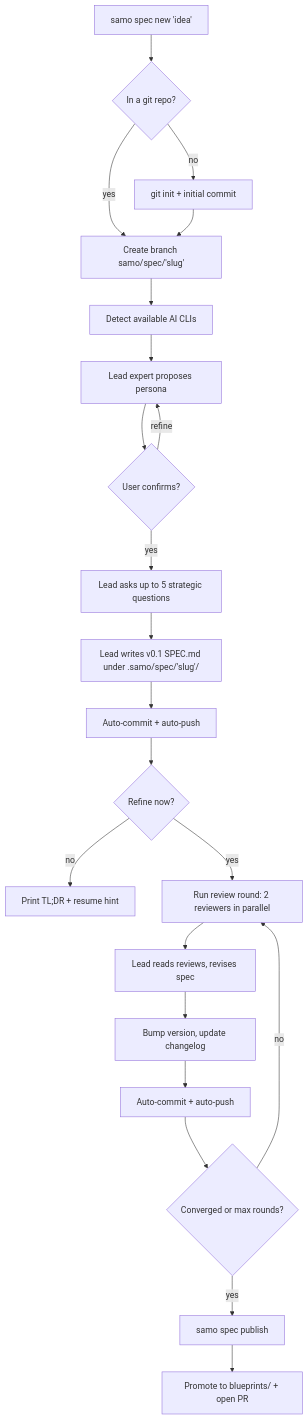
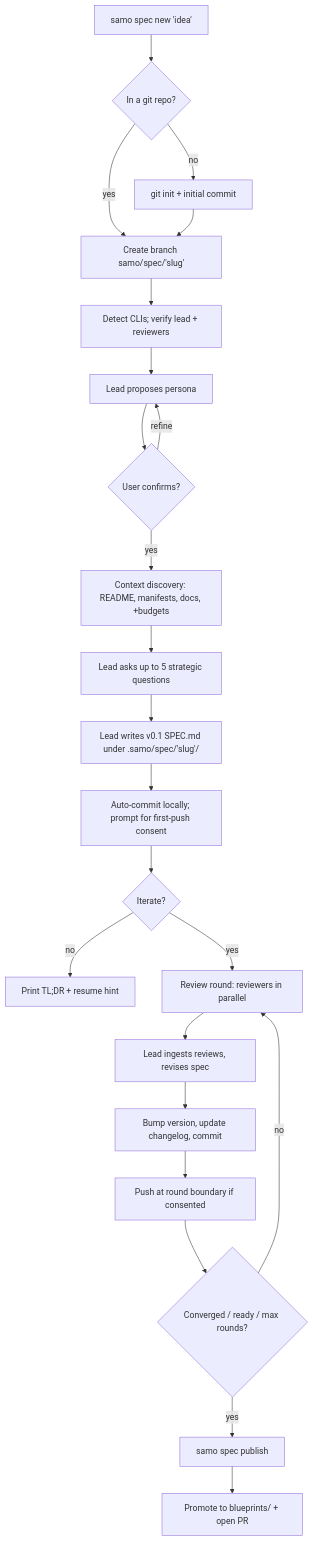
Before and after one commit to NikolayS/samospec: the diagram in .samo/blueprints/SPEC.md, drawn with Mermaid. The commit also changed other lines of this file, not shown here.

First line of the commit message:
spec: rewrite to v0.4 addressing 3 reviews

````diff
--- a/.samo/blueprints/SPEC.md
+++ b/.samo/blueprints/SPEC.md
@@ -55,24 +66,25 @@
 ```mermaid
 flowchart TD
     A[samo spec new 'idea'] --> B{In a git repo?}
     B -- no --> B1[git init + initial commit]
     B -- yes --> C[Create branch samo/spec/'slug']
     B1 --> C
-    C --> D[Detect available AI CLIs]
-    D --> E[Lead expert proposes persona]
+    C --> D[Detect CLIs; verify lead + reviewers]
+    D --> E[Lead proposes persona]
     E --> F{User confirms?}
     F -- refine --> E
-    F -- yes --> G[Lead asks up to 5 strategic questions]
-    G --> H[Lead writes v0.1 SPEC.md under .samo/spec/'slug'/]
-    H --> I[Auto-commit + auto-push]
-    I --> J{Refine now?}
-    J -- no --> Z[Print TL;DR + resume hint]
-    J -- yes --> K[Run review round: 2 reviewers in parallel]
-    K --> L[Lead reads reviews, revises spec]
-    L --> M[Bump version, update changelog]
-    M --> N[Auto-commit + auto-push]
-    N --> O{Converged or max rounds?}
-    O -- no --> K
-    O -- yes --> P[samo spec publish]
-    P --> Q[Promote to blueprints/ + open PR]
+    F -- yes --> G[Context discovery: README, manifests, docs, +budgets]
+    G --> H[Lead asks up to 5 strategic questions]
+    H --> I[Lead writes v0.1 SPEC.md under .samo/spec/'slug'/]
+    I --> J[Auto-commit locally; prompt for first-push consent]
+    J --> K{Iterate?}
+    K -- no --> Z[Print TL;DR + resume hint]
+    K -- yes --> L[Review round: reviewers in parallel]
+    L --> M[Lead ingests reviews, revises spec]
+    M --> N[Bump version, update changelog, commit]
+    N --> O[Push at round boundary if consented]
+    O --> P{Converged / ready / max rounds?}
+    P -- no --> L
+    P -- yes --> Q[samo spec publish]
+    Q --> R[Promote to blueprints/ + open PR]
 ```
````
